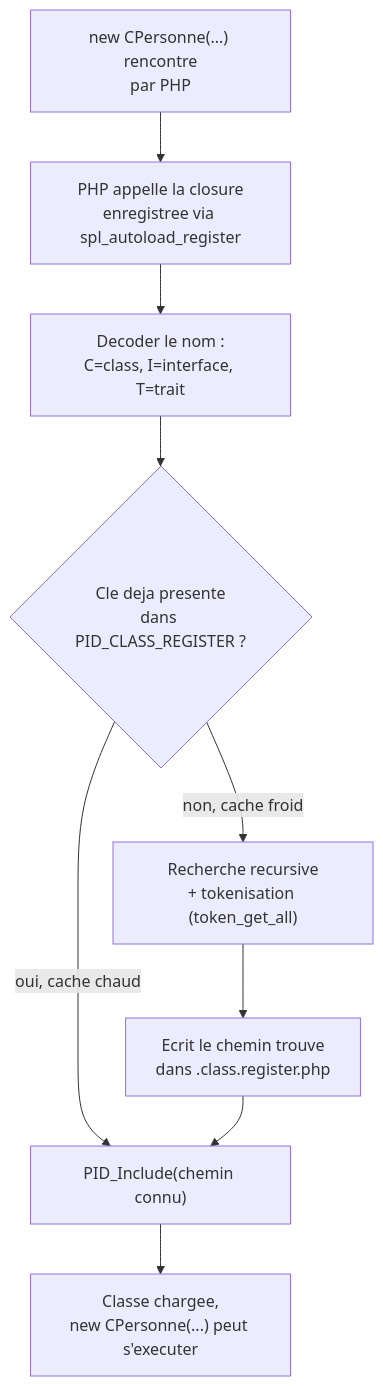
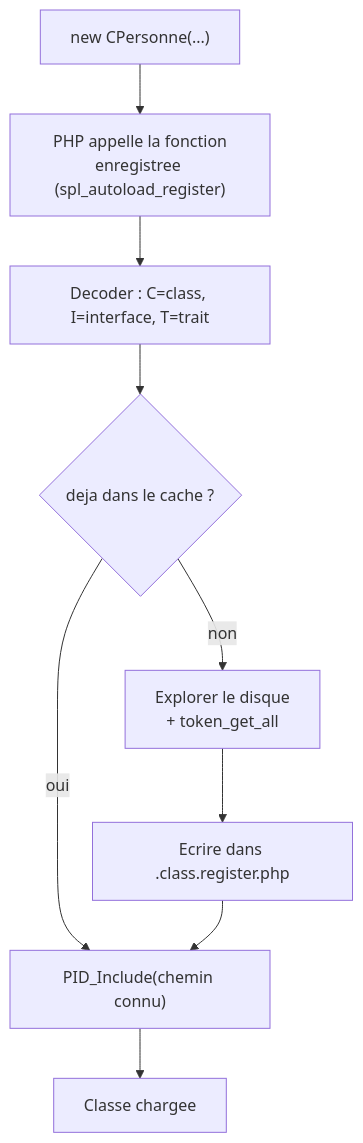
Before and after one commit to ernesthdj/PID: the diagram in docs/academique/Autoloading PID — spl_autoload_register et le Cache.md, drawn with Mermaid. The commit also changed other lines of this file and 27 other files, not shown here.

````diff
--- a/docs/academique/Autoloading PID — spl_autoload_register et le Cache.md
+++ b/docs/academique/Autoloading PID — spl_autoload_register et le Cache.md
@@ -65,11 +20,11 @@
 ```mermaid
 flowchart TD
-    N["new CPersonne(...) rencontre<br/>par PHP"] --> T["PHP appelle la closure<br/>enregistree via spl_autoload_register"]
-    T --> D["Decoder le nom :<br/>C=class, I=interface, T=trait"]
-    D --> C{"Cle deja presente<br/>dans PID_CLASS_REGISTER ?"}
-    C -- oui, cache chaud --> L["PID_Include(chemin connu)"]
-    C -- non, cache froid --> S["Recherche recursive<br/>+ tokenisation (token_get_all)"]
-    S --> W["Ecrit le chemin trouve<br/>dans .class.register.php"]
+    N["new CPersonne(...)"] --> T["PHP appelle la fonction<br/>enregistree (spl_autoload_register)"]
+    T --> D["Decoder : C=class, I=interface, T=trait"]
+    D --> C{"deja dans le cache ?"}
+    C -- oui --> L["PID_Include(chemin connu)"]
+    C -- non --> S["Explorer le disque<br/>+ token_get_all"]
+    S --> W["Ecrire dans .class.register.php"]
     W --> L
-    L --> OK["Classe chargee,<br/>new CPersonne(...) peut s'executer"]
+    L --> OK["Classe chargee"]
 ```
````
